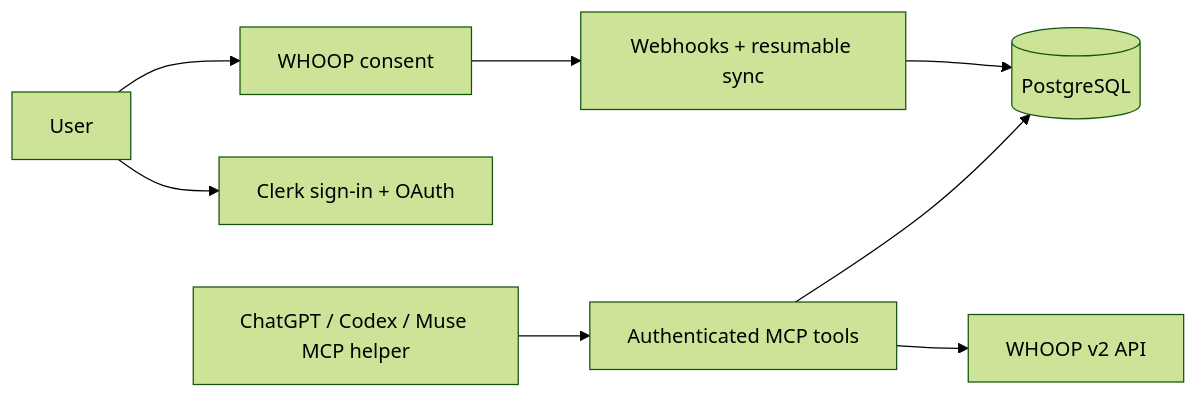
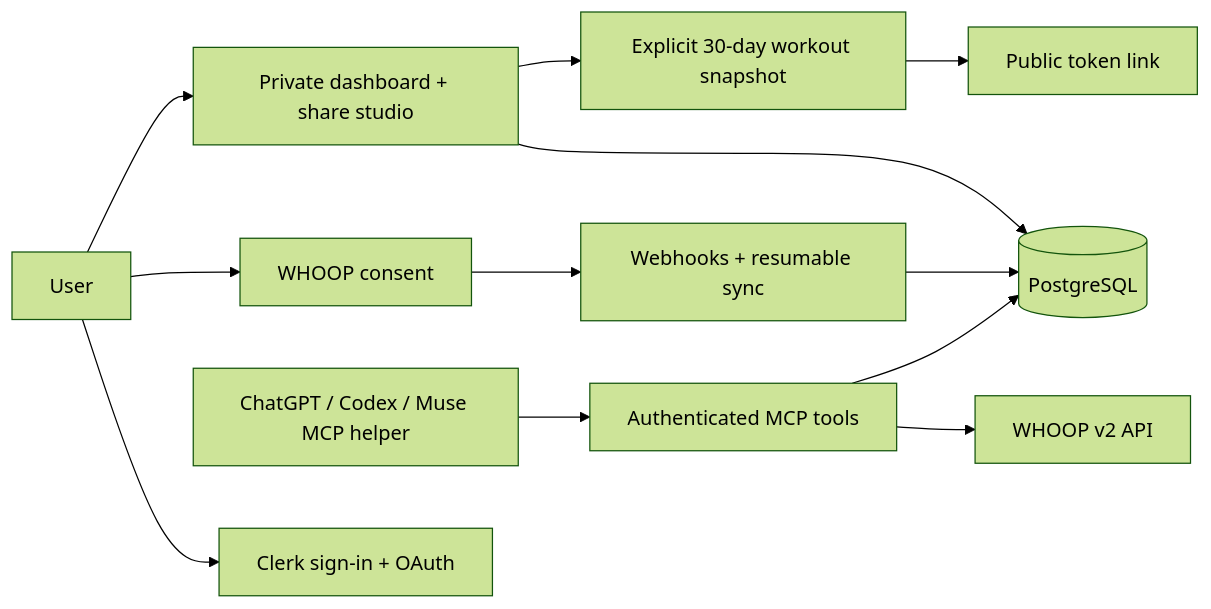
One commit to EazyLee30/whooper-2.0 changed the diagram in README.md. Above: the diagram before and after it, drawn with Mermaid (forest theme). The commit also changed other lines of this file and 84 other files, not shown here.

Commit message:
Add private WHOOP dashboard and workout share studio

````diff
--- a/README.md
+++ b/README.md
@@ -84,10 +113,14 @@
 ```mermaid
 flowchart LR
   User --> Clerk[Clerk sign-in + OAuth]
   User --> WHOOP[WHOOP consent]
   Client[ChatGPT / Codex / Muse MCP helper] --> MCP[Authenticated MCP tools]
+  User --> Dashboard[Private dashboard + share studio]
+  Dashboard --> DB[(PostgreSQL)]
+  Dashboard --> Share[Explicit 30-day workout snapshot]
+  Share --> Public[Public token link]
   MCP --> API[WHOOP v2 API]
-  MCP --> DB[(PostgreSQL)]
+  MCP --> DB
   WHOOP --> Sync[Webhooks + resumable sync]
   Sync --> DB
 ```
````
